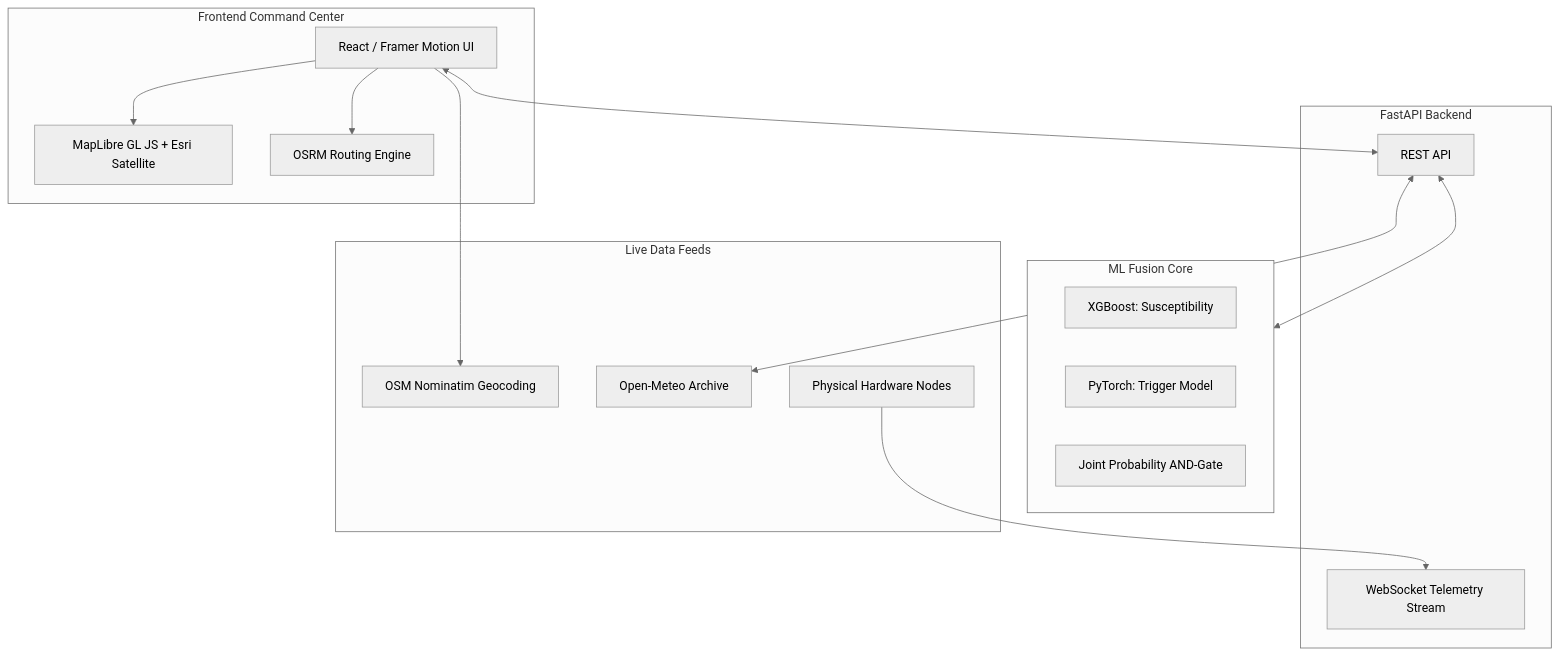
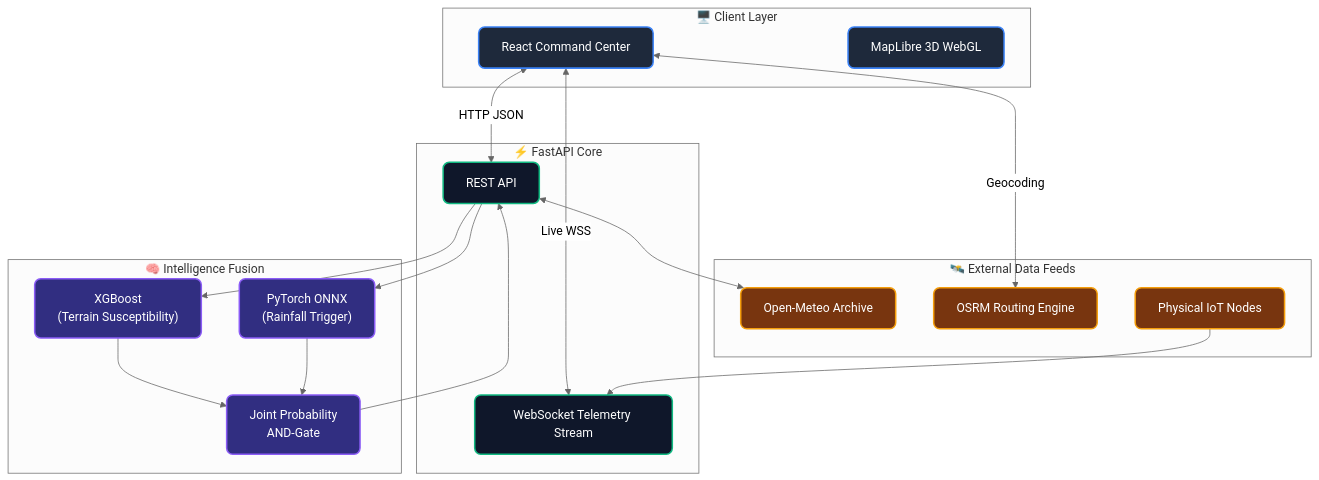
One commit to himanshu-rag/SlopeGuard changed the diagram in README.md. Above: the diagram before and after it, drawn with Mermaid (neutral theme). The commit also changed other lines of this file, not shown here.

````diff
--- a/README.md
+++ b/README.md
@@ -37,34 +49,47 @@
 ```mermaid
 flowchart TD
-    subgraph Frontend [Frontend Command Center]
-        UI["React / Framer Motion UI"]
-        Map["MapLibre GL JS + Esri Satellite"]
-        OSRM["OSRM Routing Engine"]
+    %% Custom Styling
+    classDef frontend fill:#1E293B,stroke:#3B82F6,stroke-width:2px,color:#fff,rx:8px,ry:8px;
+    classDef backend fill:#0F172A,stroke:#10B981,stroke-width:2px,color:#fff,rx:8px,ry:8px;
+    classDef ai fill:#312E81,stroke:#8B5CF6,stroke-width:2px,color:#fff,rx:8px,ry:8px;
+    classDef data fill:#78350F,stroke:#F59E0B,stroke-width:2px,color:#fff,rx:8px,ry:8px;
+    
+    subgraph Client ["🖥️ Client Layer"]
+        UI["React Command Center"]:::frontend
+        Map["MapLibre 3D WebGL"]:::frontend
     end
 
-    subgraph Backend [FastAPI Backend]
-        API["REST API"]
-        WS_Server["WebSocket Telemetry Stream"]
+    subgraph Server ["⚡ FastAPI Core"]
+        API["REST API"]:::backend
+        WS["WebSocket Telemetry Stream"]:::backend
     end
 
-    subgraph Intelligence [ML Fusion Core]
-        XGB["XGBoost: Susceptibility"]
-        LSTM["PyTorch: Trigger Model"]
-        Fusion["Joint Probability AND-Gate"]
+    subgraph Models ["🧠 Intelligence Fusion"]
+        XGB["XGBoost
+(Terrain Susceptibility)"]:::ai
+        LSTM["PyTorch ONNX
+(Rainfall Trigger)"]:::ai
+        Fusion["Joint Probability
+AND-Gate"]:::ai
     end
 
-    subgraph DataSources [Live Data Feeds]
-        Nominatim["OSM Nominatim Geocoding"]
-        OpenMeteo["Open-Meteo Archive"]
-        IoT["Physical Hardware Nodes"]
+    subgraph External ["🛰️ External Data Feeds"]
+        Meteo["Open-Meteo Archive"]:::data
+        OSRM["OSRM Routing Engine"]:::data
+        IoT["Physical IoT Nodes"]:::data
     end
 
-    UI --> Map
-    UI <--> API
-    UI --> Nominatim
-    UI --> OSRM
+    %% Connections
+    UI <-->|HTTP JSON| API
+    UI <-->|Live WSS| WS
+    UI <-->|Geocoding| OSRM
     
-    API <--> Intelligence
-    API <--> OpenMeteo
-    IoT --> WS_Server
+    API --> XGB
+    API --> LSTM
+    XGB --> Fusion
+    LSTM --> Fusion
+    Fusion --> API
+    
+    API <--> Meteo
+    IoT --> WS
 ```
````
